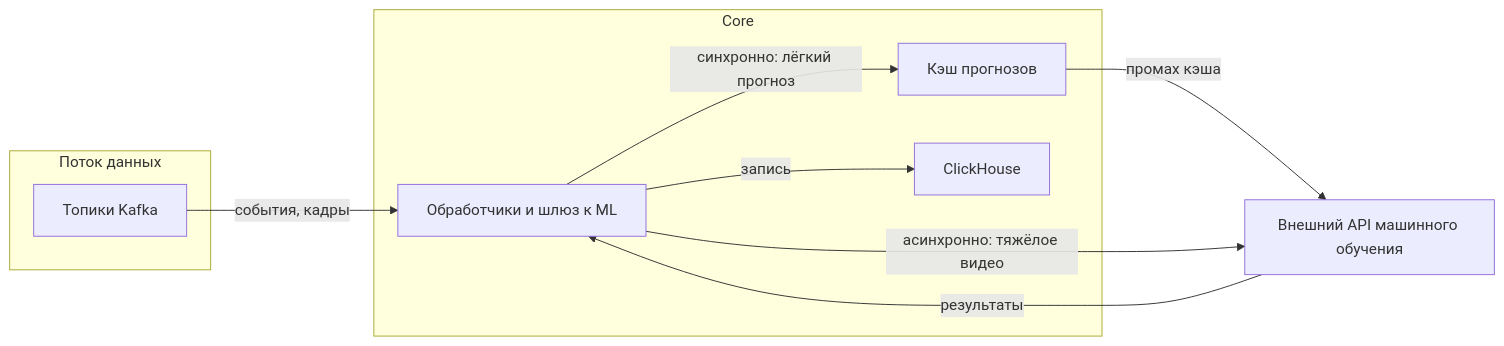
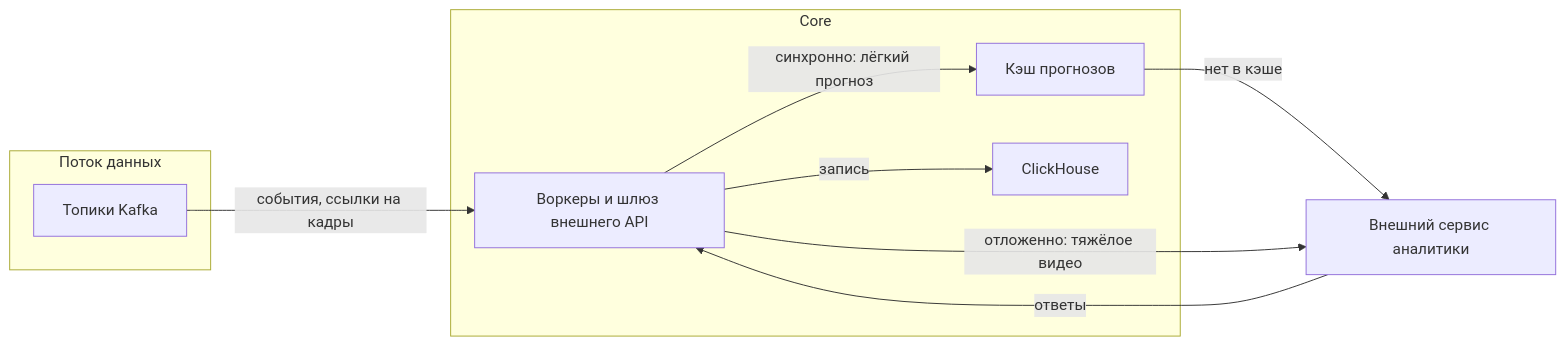
One commit to Phund4/its-project changed the diagram in validation-scaling.md. Above: the diagram before and after it, drawn with Mermaid. The commit also changed other lines of this file, not shown here.

````diff
--- a/validation-scaling.md
+++ b/validation-scaling.md
@@ -128,21 +137,21 @@
 ```mermaid
 flowchart LR
   subgraph ingest [Поток данных]
     kafka["Топики Kafka"]
   end
 
   subgraph core [Core]
-    workers["Обработчики и шлюз к ML"]
+    workers["Воркеры и шлюз внешнего API"]
     cache["Кэш прогнозов"]
     ch["ClickHouse"]
   end
 
-  ml["Внешний API машинного обучения"]
+  ext["Внешний сервис аналитики"]
 
-  kafka -->|"события, кадры"| workers
+  kafka -->|"события, ссылки на кадры"| workers
   workers -->|"синхронно: лёгкий прогноз"| cache
-  cache -->|"промах кэша"| ml
-  workers -->|"асинхронно: тяжёлое видео"| ml
-  ml -->|"результаты"| workers
+  cache -->|"нет в кэше"| ext
+  workers -->|"отложенно: тяжёлое видео"| ext
+  ext -->|"ответы"| workers
   workers -->|"запись"| ch
 ```
````
